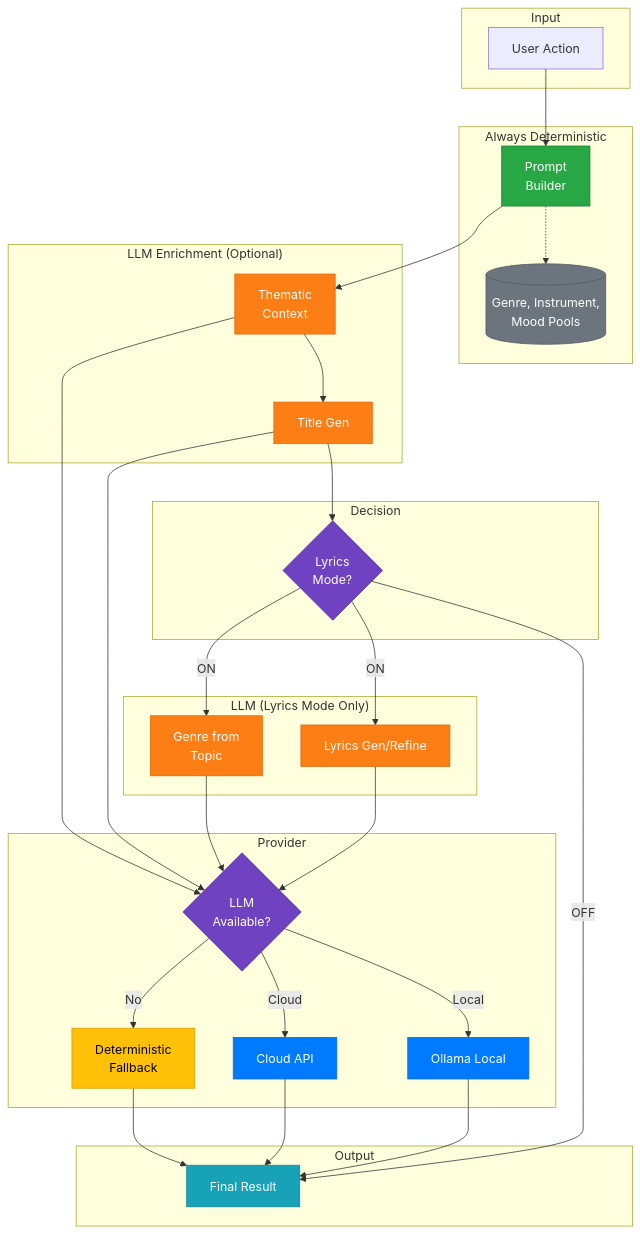
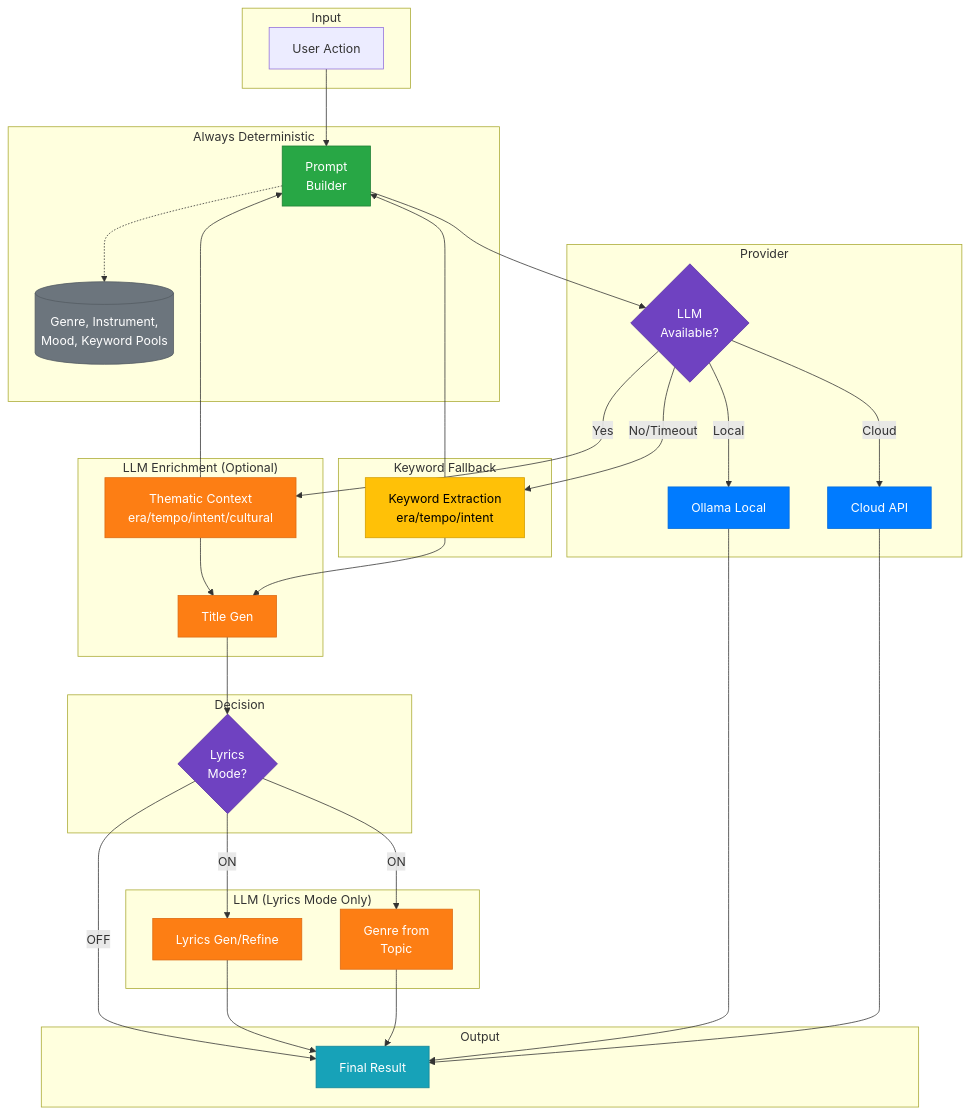
Before and after one commit to ddv1982/suno-prompting: the diagram in README.md, drawn with Mermaid. The commit also changed other lines of this file and 68 other files, not shown here.

First line of the commit message:
feat: enhanced thematic context and unified keywords module

````diff
--- a/README.md
+++ b/README.md
@@ -503,71 +520,75 @@
 ```mermaid
 flowchart TB
     subgraph Input
         UI[User Action]
     end
 
     subgraph "Always Deterministic"
         PROMPT[Prompt<br/>Builder]
-        DATA[(Genre, Instrument,<br/>Mood Pools)]
+        DATA[(Genre, Instrument,<br/>Mood, Keyword Pools)]
     end
 
     subgraph "LLM Enrichment (Optional)"
-        CONTEXT[Thematic<br/>Context]
+        CONTEXT[Thematic Context<br/>era/tempo/intent/cultural]
         TITLE[Title Gen]
+    end
+
+    subgraph "Keyword Fallback"
+        KWFALLBACK[Keyword Extraction<br/>era/tempo/intent]
     end
 
     subgraph Decision
         LYR{Lyrics<br/>Mode?}
     end
 
     subgraph "LLM (Lyrics Mode Only)"
         LYRICS[Lyrics Gen/Refine]
         GENRE[Genre from<br/>Topic]
     end
 
     subgraph Provider
         PROV{LLM<br/>Available?}
         OLLAMA[Ollama Local]
         CLOUD[Cloud API]
-        FALLBACK[Deterministic<br/>Fallback]
     end
 
     subgraph Output
         RESULT[Final Result]
     end
 
     UI --> PROMPT
     PROMPT -.-> DATA
-    PROMPT --> CONTEXT
+    PROMPT --> PROV
+    PROV -->|Yes| CONTEXT
+    PROV -->|No/Timeout| KWFALLBACK
+    CONTEXT --> PROMPT
     CONTEXT --> TITLE
+    KWFALLBACK --> PROMPT
+    KWFALLBACK --> TITLE
     TITLE --> LYR
     LYR -->|OFF| RESULT
     LYR -->|ON| LYRICS
     LYR -->|ON| GENRE
-    CONTEXT --> PROV
-    TITLE --> PROV
-    LYRICS --> PROV
-    GENRE --> PROV
     PROV -->|Local| OLLAMA
     PROV -->|Cloud| CLOUD
-    PROV -->|No| FALLBACK
+    LYRICS --> RESULT
+    GENRE --> RESULT
     OLLAMA --> RESULT
     CLOUD --> RESULT
-    FALLBACK --> RESULT
 
     classDef det fill:#28a745,stroke:#1e7e34,color:#fff
     classDef ai fill:#fd7e14,stroke:#dc6a12,color:#fff
     classDef data fill:#6c757d,stroke:#545b62,color:#fff
     classDef provider fill:#007bff,stroke:#0069d9,color:#fff
     classDef output fill:#17a2b8,stroke:#138496,color:#fff
     classDef decision fill:#6f42c1,stroke:#5a32a3,color:#fff
     classDef fallback fill:#ffc107,stroke:#d39e00,color:#000
 
     class PROMPT det
     class CONTEXT,TITLE,LYRICS,GENRE ai
     class DATA data
     class OLLAMA,CLOUD provider
     class PROV,LYR decision
     class RESULT output
-    class FALLBACK fallback
+    class KWFALLBACK fallback
 ```
````
